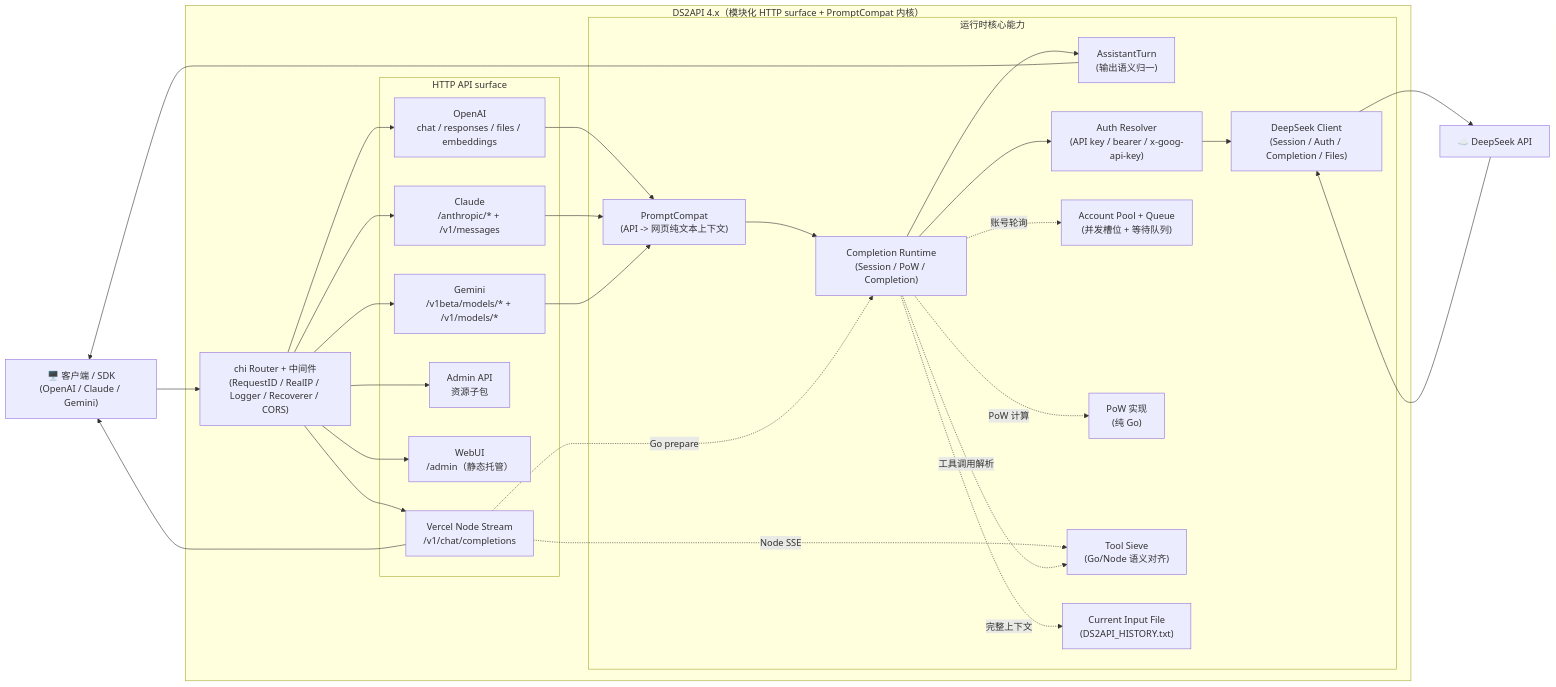
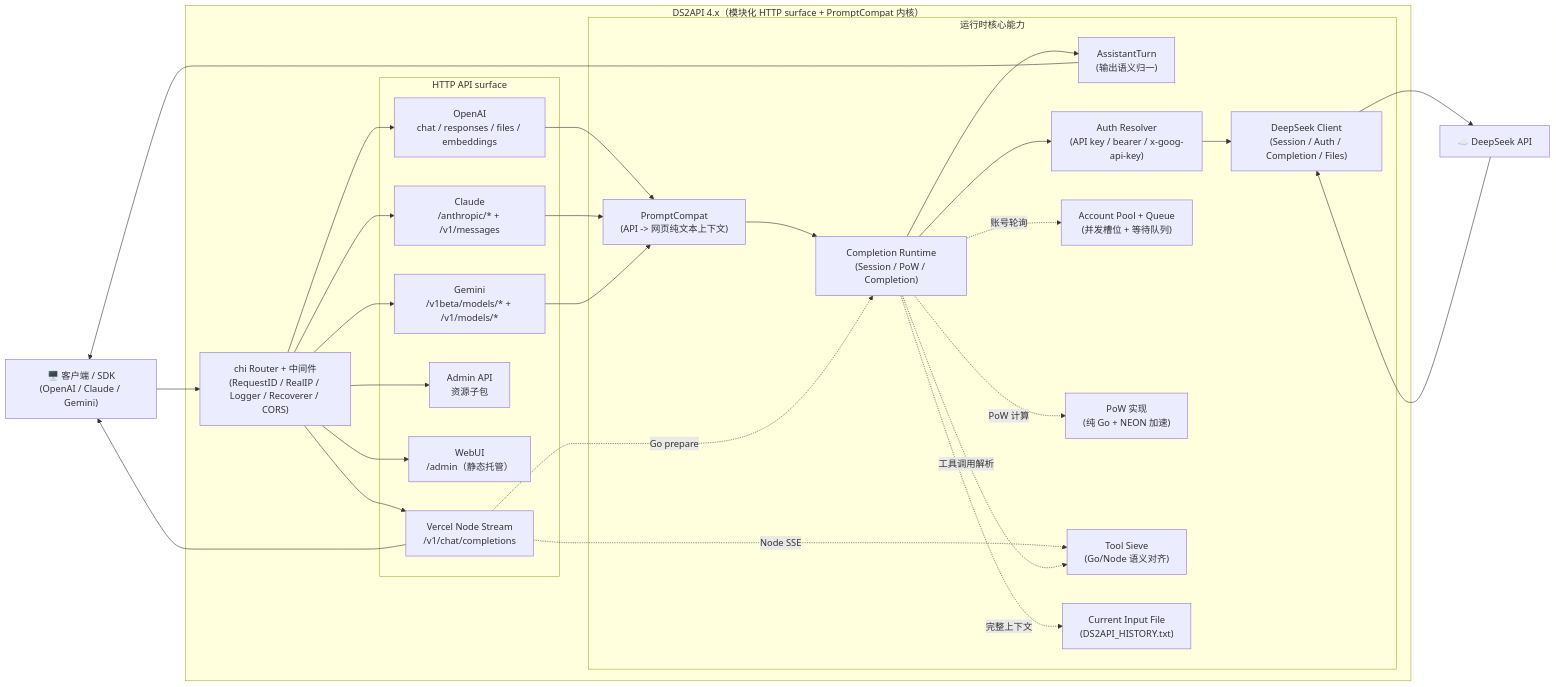
One commit to sstpnk/deepseek2api changed the diagram in README.MD. Above: the diagram before and after it, drawn with Mermaid. The commit also changed other lines of this file and 2 other files, not shown here.

Commit message:
docs: update deployment guide and README for PoW optimizations
Document DS2API_POW_INTERNAL_PARALLEL env var, multi-core adaptive
parallelism, NEON arm64 acceleration, and external semaphore interaction.

````diff
--- a/README.MD
+++ b/README.MD
@@ -70,53 +70,53 @@
 ```mermaid
 flowchart LR
     Client["🖥️ 客户端 / SDK\n(OpenAI / Claude / Gemini)"]
     Upstream["☁️ DeepSeek API"]
 
     subgraph DS2API["DS2API 4.x（模块化 HTTP surface + PromptCompat 内核）"]
         Router["chi Router + 中间件\n(RequestID / RealIP / Logger / Recoverer / CORS)"]
 
         subgraph HTTP["HTTP API surface"]
             OA["OpenAI\nchat / responses / files / embeddings"]
             CA["Claude\n/anthropic/* + /v1/messages"]
             GA["Gemini\n/v1beta/models/* + /v1/models/*"]
             Admin["Admin API\n资源子包"]
             WebUI["WebUI\n/admin（静态托管）"]
             Vercel["Vercel Node Stream\n/v1/chat/completions"]
         end
 
         subgraph Runtime["运行时核心能力"]
             Compat["PromptCompat\n(API -> 网页纯文本上下文)"]
             Completion["Completion Runtime\n(Session / PoW / Completion)"]
             Turn["AssistantTurn\n(输出语义归一)"]
             Auth["Auth Resolver\n(API key / bearer / x-goog-api-key)"]
             Pool["Account Pool + Queue\n(并发槽位 + 等待队列)"]
             DSClient["DeepSeek Client\n(Session / Auth / Completion / Files)"]
-            Pow["PoW 实现\n(纯 Go)"]
+            Pow["PoW 实现\n(纯 Go + NEON 加速)"]
             Tool["Tool Sieve\n(Go/Node 语义对齐)"]
             History["Current Input File\n(DS2API_HISTORY.txt)"]
         end
     end
 
     Client --> Router
     Router --> OA & CA & GA
     Router --> Admin
     Router --> WebUI
     Router --> Vercel
 
     OA --> Compat
     CA & GA --> Compat
     Compat --> Completion
     Completion -.完整上下文.-> History
     Completion --> Turn
     Vercel -.Go prepare.-> Completion
     Vercel -.Node SSE.-> Tool
     Completion --> Auth
     Completion -.账号轮询.-> Pool
     Completion -.工具调用解析.-> Tool
     Completion -.PoW 计算.-> Pow
     Auth --> DSClient
     DSClient --> Upstream
     Upstream --> DSClient
     Turn --> Client
     Vercel --> Client
 ```
````
